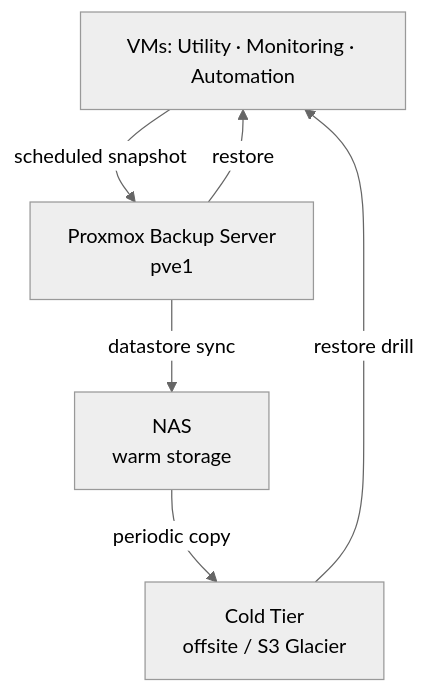
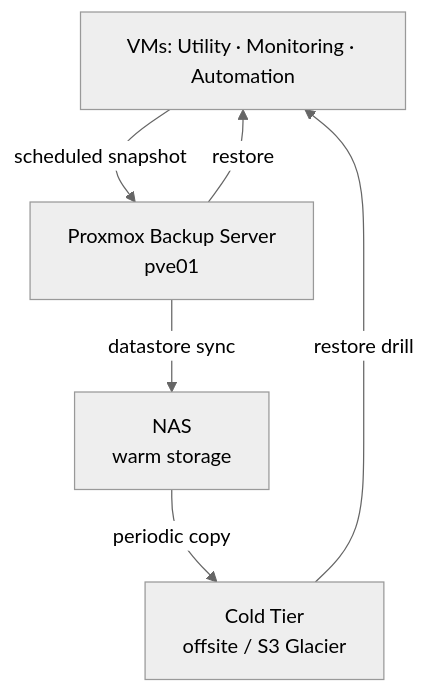
Before and after one commit to alashe/platform-lab: the fifth of 6 diagrams in docs/architecture/platform-diagram.md, drawn with Mermaid (neutral theme). The commit also changed other lines of this file and 4 other files, not shown here.

````diff
--- a/docs/architecture/platform-diagram.md
+++ b/docs/architecture/platform-diagram.md
@@ -154,14 +154,14 @@
 ```mermaid
 flowchart TD
   VMs["VMs: Utility · Monitoring · Automation"]
-  PBS["Proxmox Backup Server\npve1"]
+  PBS["Proxmox Backup Server\npve01"]
   NAS["NAS\nwarm storage"]
   COLD["Cold Tier\noffsite / S3 Glacier"]
 
   VMs -->|"scheduled snapshot"| PBS
   PBS -->|"datastore sync"| NAS
   NAS -->|"periodic copy"| COLD
 
   PBS -->|"restore"| VMs
   COLD -->|"restore drill"| VMs
 ```
````
